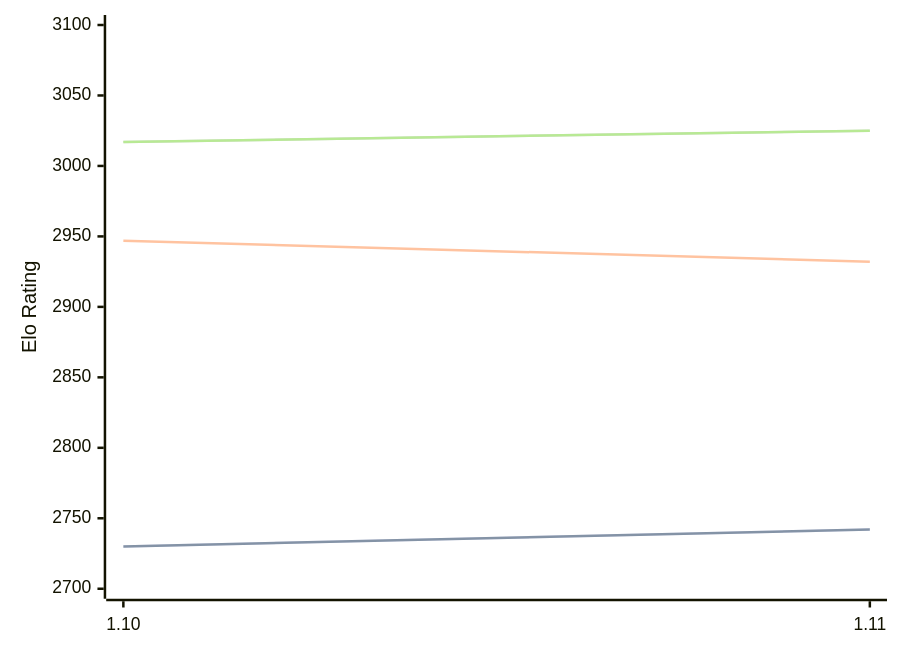
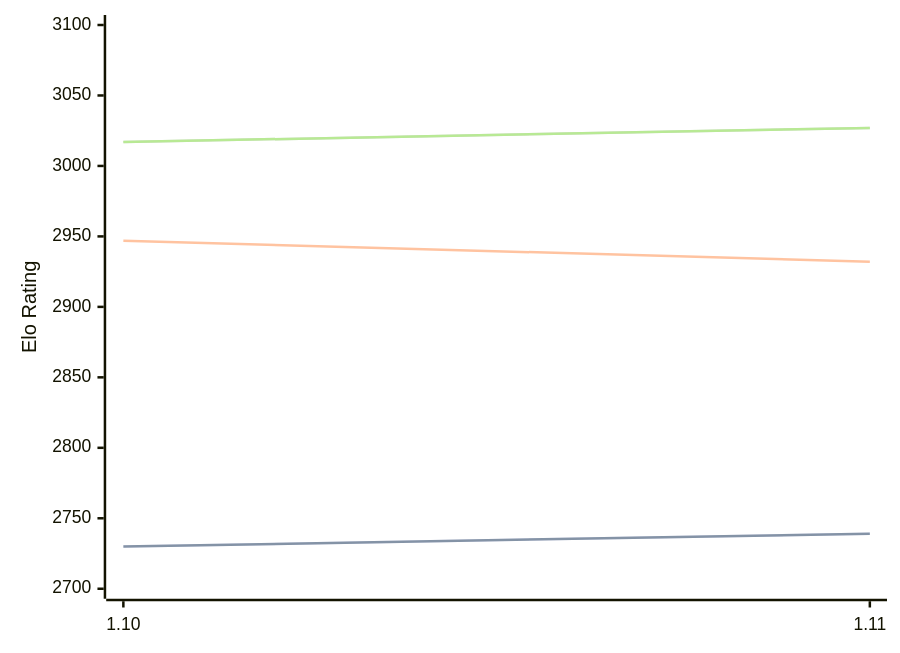
Before and after one commit to computer-chess-index/cci: the first of 3 diagrams in engines/Roc.md, drawn with Mermaid. The commit also changed other lines of this file, not shown here.

Commit message:
Update CCI Ratings (ELO VLTC) - 2026-07-09

````diff
--- a/engines/Roc.md
+++ b/engines/Roc.md
@@ -65,11 +65,11 @@
 ```mermaid
 %%{init: {"theme":"base","themeVariables":{"seriesColors:['#a3a3a3','#222221','#faa371']}}}%%
 xychart-beta
   x-axis ["1.10", "1.11"]
   y-axis "Elo Rating" 2700 --> 3100
-  line "STC (8.0+0.08s)" [2730, 2742]
-  line "STC (8.0+0.08s)" [2730, 2742]
+  line "STC (8.0+0.08s)" [2730, 2739]
+  line "STC (8.0+0.08s)" [2730, 2739]
   line "LTC (60.0+0.60s)" [2947, 2932]
-  line "VLTC (2m24s+1.12s)" [3017, 3025]
-  line "VLTC (2m24s+1.12s)" [3017, 3025]
+  line "VLTC (2m24s+1.12s)" [3017, 3027]
+  line "VLTC (2m24s+1.12s)" [3017, 3027]
 ```
````
